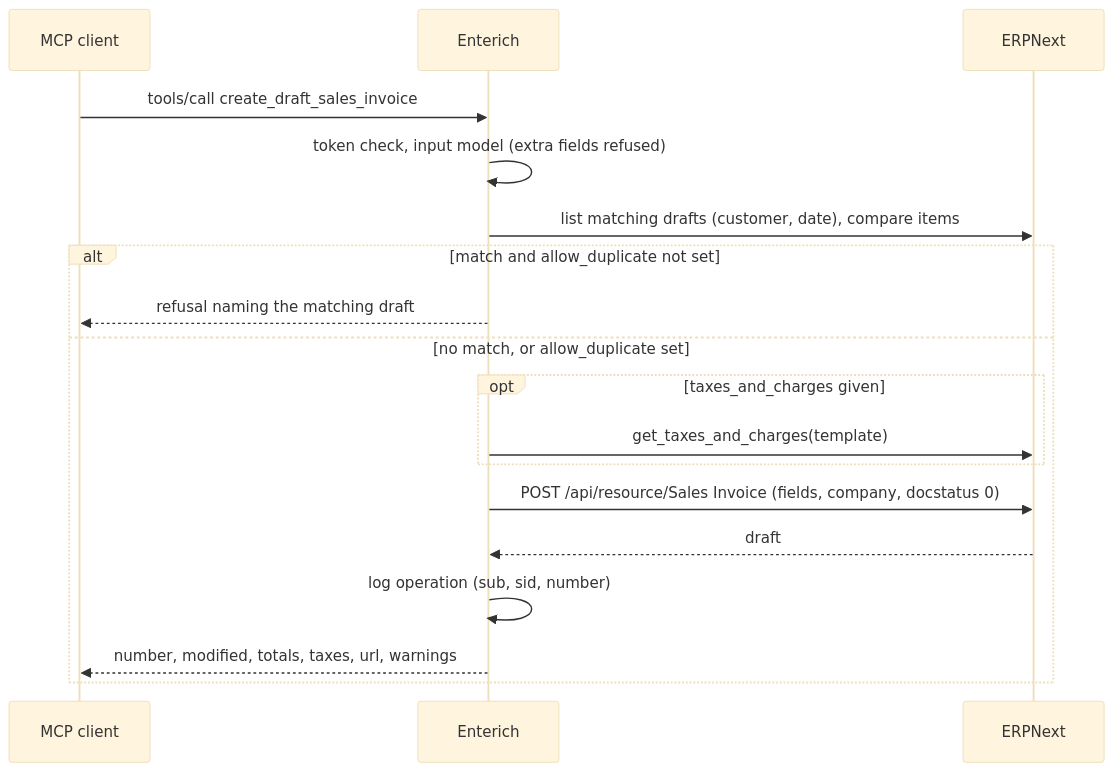
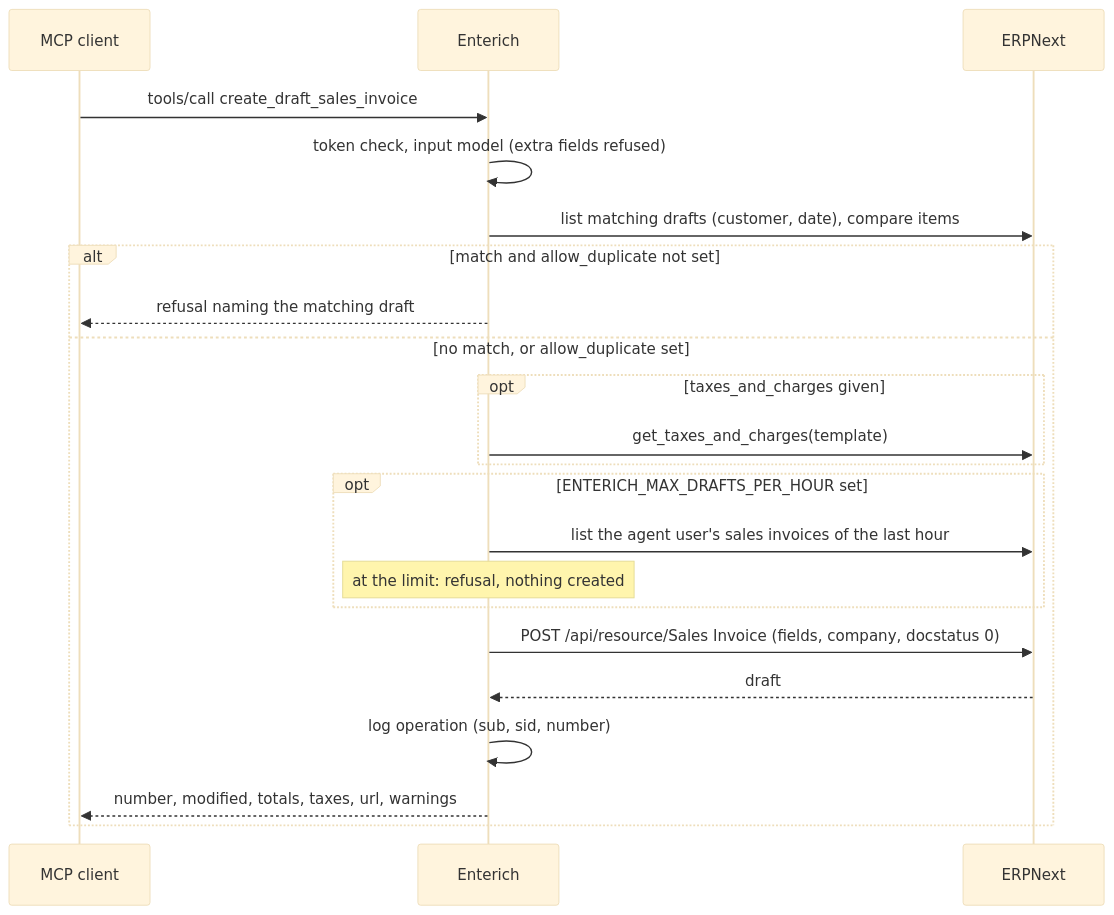
One commit to Interlusion/enterich changed the fourth of 5 diagrams in docs/arc42/README.md. Above: the diagram before and after it, drawn with Mermaid (base theme). The commit also changed other lines of this file and 7 other files, not shown here.

First line of the commit message:
docs: the limit of drafts per hour, ITEM-008 archived

````diff
--- a/docs/arc42/README.md
+++ b/docs/arc42/README.md
@@ -144,20 +144,24 @@
 ```mermaid
 sequenceDiagram
     participant C as MCP client
     participant E as Enterich
     participant N as ERPNext
     C->>E: tools/call create_draft_sales_invoice
     E->>E: token check, input model (extra fields refused)
     E->>N: list matching drafts (customer, date), compare items
     alt match and allow_duplicate not set
         E-->>C: refusal naming the matching draft
     else no match, or allow_duplicate set
         opt taxes_and_charges given
             E->>N: get_taxes_and_charges(template)
         end
+        opt ENTERICH_MAX_DRAFTS_PER_HOUR set
+            E->>N: list the agent user's sales invoices of the last hour
+            Note over E: at the limit: refusal, nothing created
+        end
         E->>N: POST /api/resource/Sales Invoice (fields, company, docstatus 0)
         N-->>E: draft
         E->>E: log operation (sub, sid, number)
         E-->>C: number, modified, totals, taxes, url, warnings
     end
 ```
````
